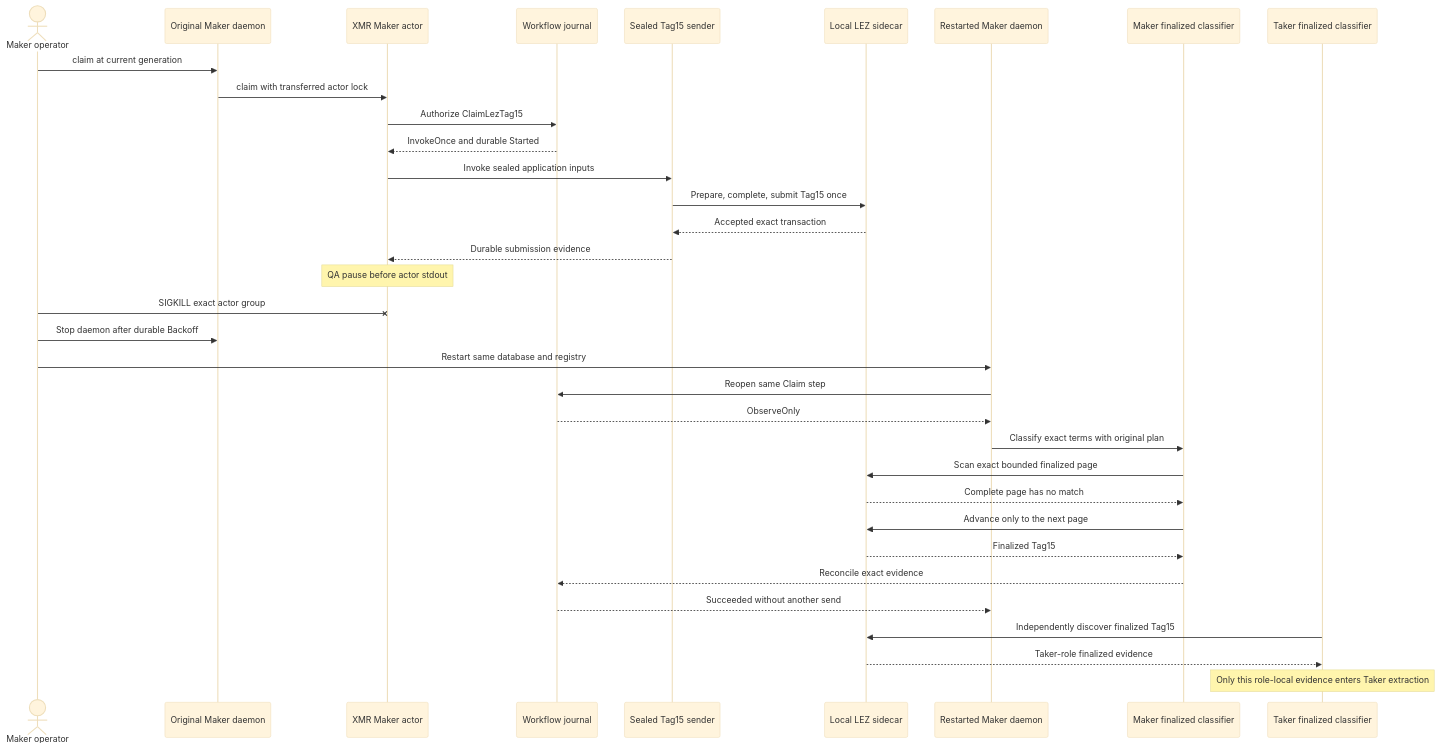
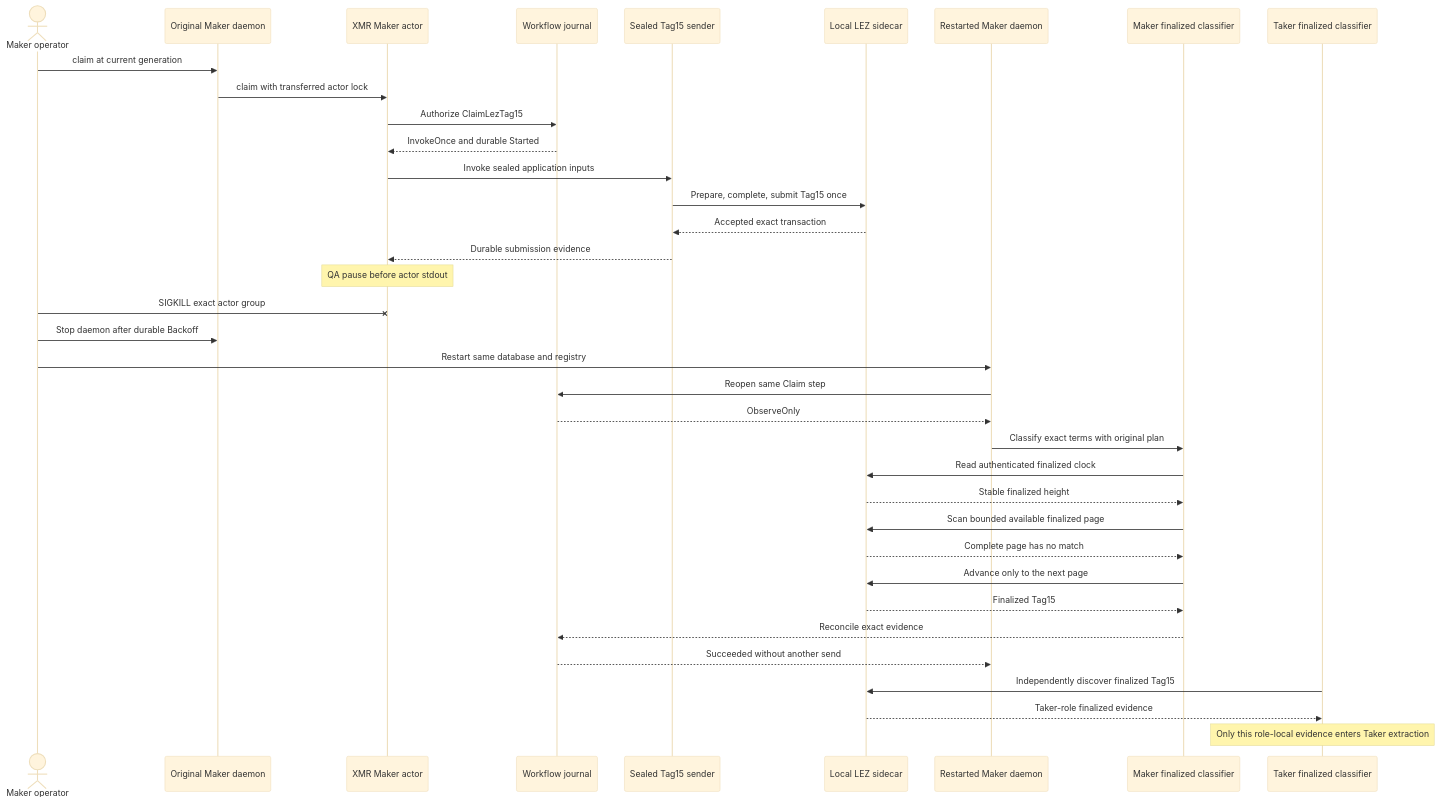
One commit to gateway-fm/lez-atomic-swaps changed the second of 2 diagrams in docs/architecture/0196-recover-maker-tag15-after-process-kill.md. Above: the diagram before and after it, drawn with Mermaid (base theme). The commit also changed other lines of this file and 6 other files, not shown here.

Commit message:
fix(m7): scan finalized XMR tail pages

````diff
--- a/docs/architecture/0196-recover-maker-tag15-after-process-kill.md
+++ b/docs/architecture/0196-recover-maker-tag15-after-process-kill.md
@@ -70,37 +71,39 @@
 ```mermaid
 sequenceDiagram
     actor U as Maker operator
     participant D1 as Original Maker daemon
     participant A1 as XMR Maker actor
     participant J as Workflow journal
     participant S as Sealed Tag15 sender
     participant L as Local LEZ sidecar
     participant D2 as Restarted Maker daemon
     participant O as Maker finalized classifier
     participant TO as Taker finalized classifier
 
     U->>D1: claim at current generation
     D1->>A1: claim with transferred actor lock
     A1->>J: Authorize ClaimLezTag15
     J-->>A1: InvokeOnce and durable Started
     A1->>S: Invoke sealed application inputs
     S->>L: Prepare, complete, submit Tag15 once
     L-->>S: Accepted exact transaction
     S-->>A1: Durable submission evidence
     Note over A1: QA pause before actor stdout
     U-xA1: SIGKILL exact actor group
     U->>D1: Stop daemon after durable Backoff
     U->>D2: Restart same database and registry
     D2->>J: Reopen same Claim step
     J-->>D2: ObserveOnly
     D2->>O: Classify exact terms with original plan
-    O->>L: Scan exact bounded finalized page
+    O->>L: Read authenticated finalized clock
+    L-->>O: Stable finalized height
+    O->>L: Scan bounded available finalized page
     L-->>O: Complete page has no match
     O->>L: Advance only to the next page
     L-->>O: Finalized Tag15
     O-->>J: Reconcile exact evidence
     J-->>D2: Succeeded without another send
     TO->>L: Independently discover finalized Tag15
     L-->>TO: Taker-role finalized evidence
     Note over TO: Only this role-local evidence enters Taker extraction
 ```
````
